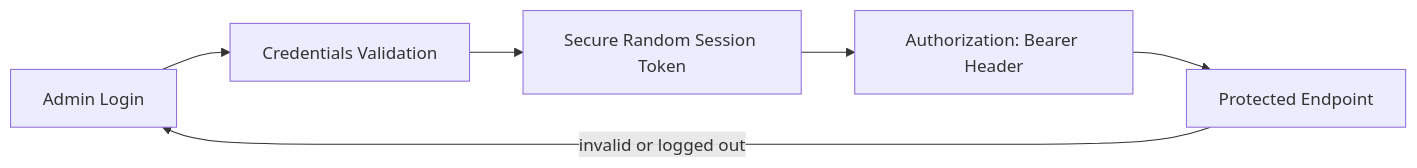
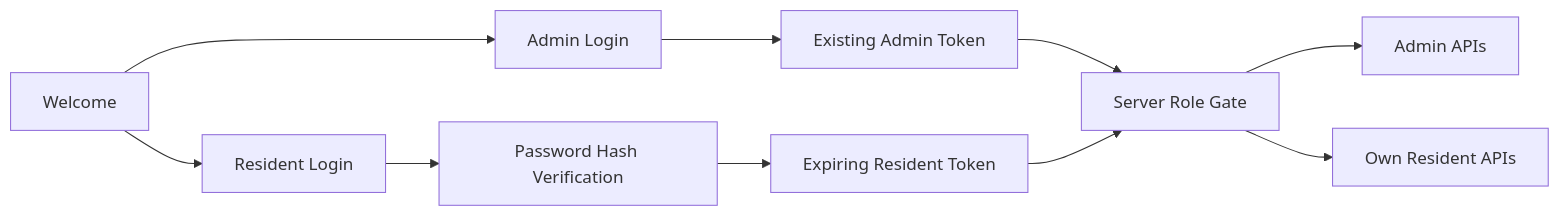
One commit to nvedant1604-ux/FairRoom changed the second of 4 diagrams in docs/ARCHITECTURE.md. Above: the diagram before and after it, drawn with Mermaid. The commit also changed other lines of this file and 30 other files, not shown here.

Commit message:
Add resident portal and role-based authentication

````diff
--- a/docs/ARCHITECTURE.md
+++ b/docs/ARCHITECTURE.md
@@ -37,8 +37,12 @@
 ```mermaid
 flowchart LR
-  L[Admin Login] --> V[Credentials Validation]
-  V --> T[Secure Random Session Token]
-  T --> H[Authorization: Bearer Header]
-  H --> P[Protected Endpoint]
-  P -->|invalid or logged out| L
+  W[Welcome] --> A[Admin Login]
+  W --> L[Resident Login]
+  A --> AT[Existing Admin Token]
+  L --> V[Password Hash Verification]
+  V --> RT[Expiring Resident Token]
+  AT --> G[Server Role Gate]
+  RT --> G
+  G --> AP[Admin APIs]
+  G --> RP[Own Resident APIs]
 ```
````
